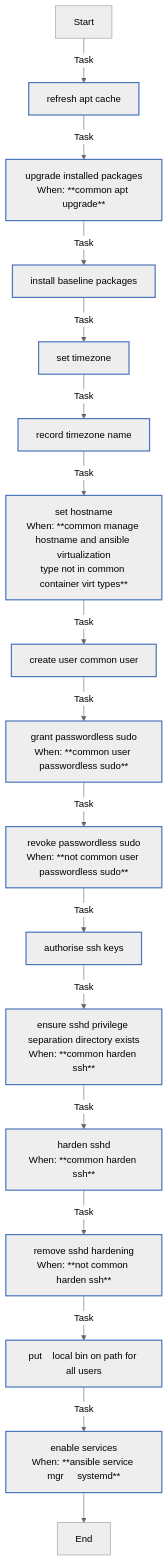
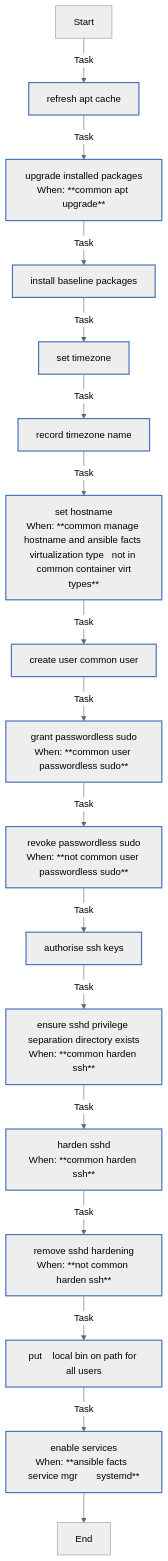
Before and after one commit to kawadeomkar/claude-on-proxmox: the diagram in docs/reference/roles/common.md, drawn with Mermaid (neutral theme). The commit also changed other lines of this file and 13 other files, not shown here.

First line of the commit message:
fix: read gathered facts only through ansible_facts

````diff
--- a/docs/reference/roles/common.md
+++ b/docs/reference/roles/common.md
@@ -58,29 +58,29 @@
 ```mermaid
 flowchart TD
 Start
 classDef block stroke:#3498db,stroke-width:2px;
 classDef task stroke:#4b76bb,stroke-width:2px;
 classDef includeTasks stroke:#16a085,stroke-width:2px;
 classDef importTasks stroke:#34495e,stroke-width:2px;
 classDef includeRole stroke:#2980b9,stroke-width:2px;
 classDef importRole stroke:#699ba7,stroke-width:2px;
 classDef includeVars stroke:#8e44ad,stroke-width:2px;
 classDef rescue stroke:#665352,stroke-width:2px;
 
   Start-->|Task| Refresh_apt_cache0[refresh apt cache]:::task
   Refresh_apt_cache0-->|Task| Upgrade_installed_packages1[upgrade installed packages<br>When: **common apt upgrade**]:::task
   Upgrade_installed_packages1-->|Task| Install_baseline_packages2[install baseline packages]:::task
   Install_baseline_packages2-->|Task| Set_timezone3[set timezone]:::task
   Set_timezone3-->|Task| Record_timezone_name4[record timezone name]:::task
-  Record_timezone_name4-->|Task| Set_hostname5[set hostname<br>When: **common manage hostname and ansible virtualization<br>type not in common container virt types**]:::task
+  Record_timezone_name4-->|Task| Set_hostname5[set hostname<br>When: **common manage hostname and ansible facts <br>virtualization type   not in common container virt<br>types**]:::task
   Set_hostname5-->|Task| Create_user_common_user6[create user common user]:::task
   Create_user_common_user6-->|Task| Grant_passwordless_sudo7[grant passwordless sudo<br>When: **common user passwordless sudo**]:::task
   Grant_passwordless_sudo7-->|Task| Revoke_passwordless_sudo8[revoke passwordless sudo<br>When: **not common user passwordless sudo**]:::task
   Revoke_passwordless_sudo8-->|Task| Authorise_SSH_keys9[authorise ssh keys]:::task
   Authorise_SSH_keys9-->|Task| Ensure_sshd_privilege_separation_directory_exists10[ensure sshd privilege separation directory exists<br>When: **common harden ssh**]:::task
   Ensure_sshd_privilege_separation_directory_exists10-->|Task| Harden_sshd11[harden sshd<br>When: **common harden ssh**]:::task
   Harden_sshd11-->|Task| Remove_sshd_hardening12[remove sshd hardening<br>When: **not common harden ssh**]:::task
   Remove_sshd_hardening12-->|Task| Put____local_bin_on_PATH_for_all_users13[put    local bin on path for all users]:::task
-  Put____local_bin_on_PATH_for_all_users13-->|Task| Enable_services14[enable services<br>When: **ansible service mgr     systemd**]:::task
+  Put____local_bin_on_PATH_for_all_users13-->|Task| Enable_services14[enable services<br>When: **ansible facts  service mgr       systemd**]:::task
   Enable_services14-->End
 ```
````
